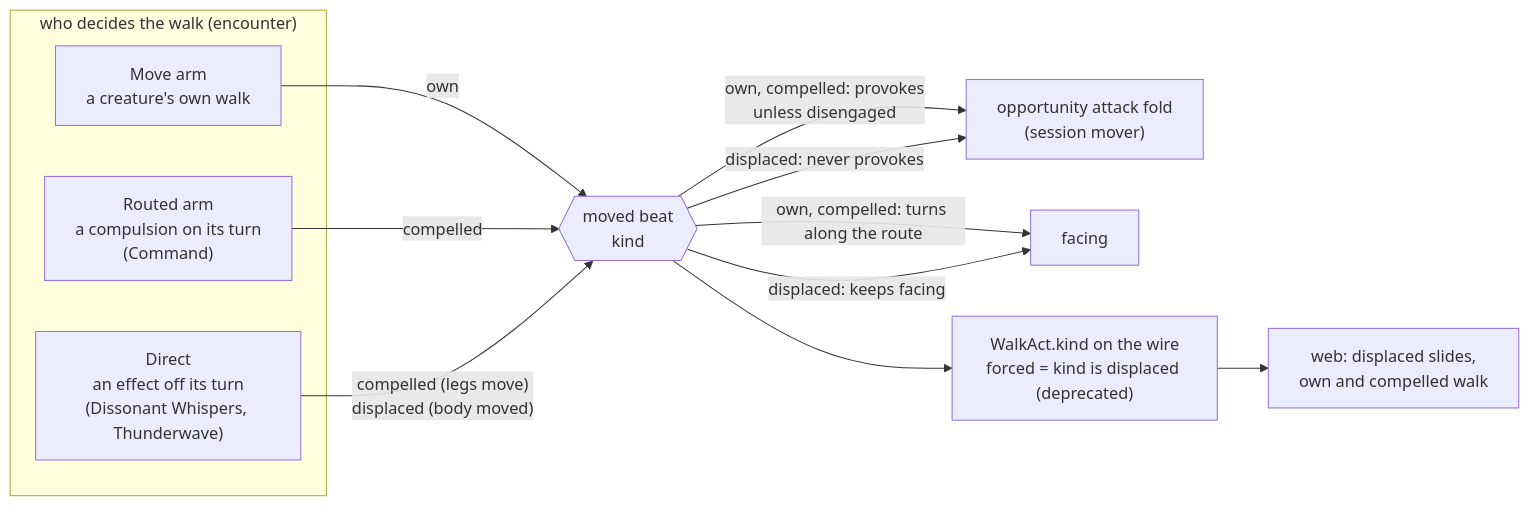
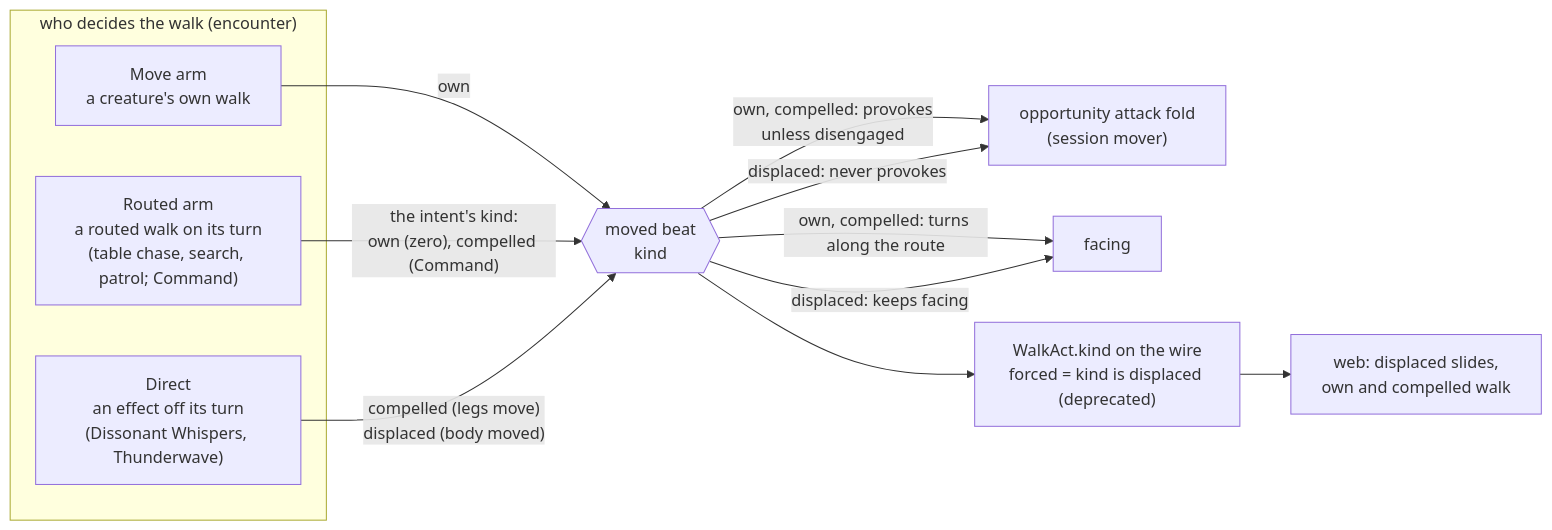
One commit to KirkDiggler/rpg-project changed the diagram in ideas/when-things-fire/design.md. Above: the diagram before and after it, drawn with Mermaid. The commit also changed other lines of this file and 1 other file, not shown here.

First line of the commit message:
idea(when-things-fire): the kind rides the Routed intent; Halt leaves (rpg-project#825)

````diff
--- a/ideas/when-things-fire/design.md
+++ b/ideas/when-things-fire/design.md
@@ -17,17 +17,17 @@
 ```mermaid
 flowchart LR
     subgraph sites["who decides the walk (encounter)"]
         M["Move arm<br/>a creature's own walk"]
-        R["Routed arm<br/>a compulsion on its turn<br/>(Command)"]
+        R["Routed arm<br/>a routed walk on its turn<br/>(table chase, search, patrol; Command)"]
         D["Direct<br/>an effect off its turn<br/>(Dissonant Whispers, Thunderwave)"]
     end
     M -->|own| K{{"moved beat<br/>kind"}}
-    R -->|compelled| K
+    R -->|"the intent's kind:<br/>own (zero), compelled (Command)"| K
     D -->|"compelled (legs move)<br/>displaced (body moved)"| K
     K -->|"own, compelled: provokes<br/>unless disengaged"| OA["opportunity attack fold<br/>(session mover)"]
     K -->|"displaced: never provokes"| OA
     K -->|"own, compelled: turns along the route"| F["facing"]
     K -->|"displaced: keeps facing"| F
     K --> W["WalkAct.kind on the wire<br/>forced = kind is displaced (deprecated)"]
     W --> V["web: displaced slides,<br/>own and compelled walk"]
 ```
````
